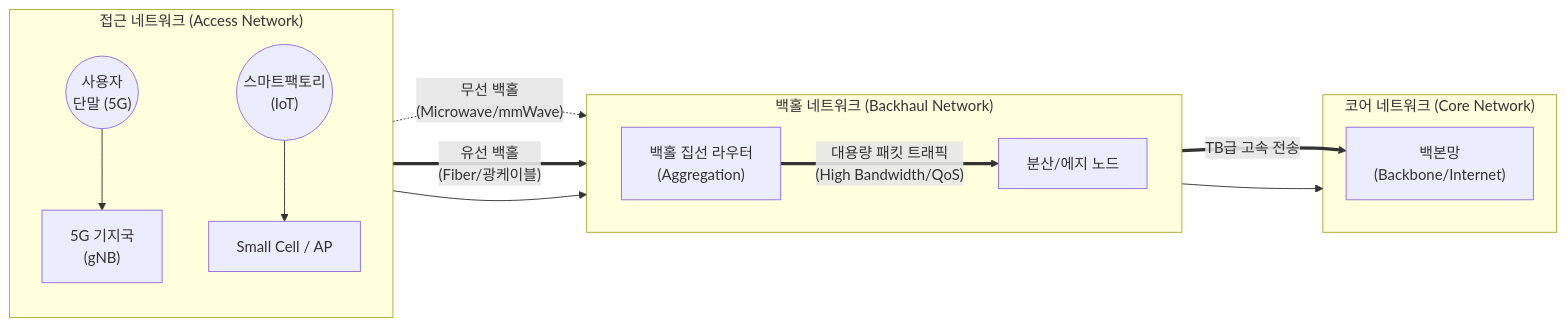
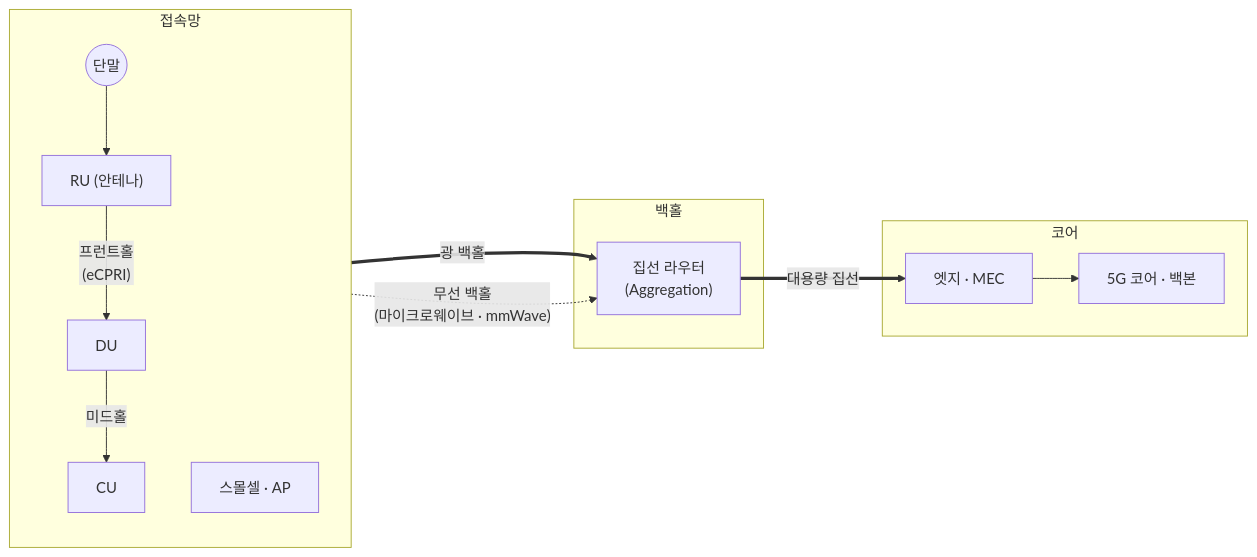
The diagram in content/01_IT Tech/백홀 트래픽.md (supremethumb/supremethumb.github.io), drawn with Mermaid before and after one commit. The commit also changed other lines of this file and 1087 other files, not shown here.

````diff
--- a/content/01_IT Tech/백홀 트래픽.md
+++ b/content/01_IT Tech/백홀 트래픽.md
@@ -30,22 +36,19 @@
 ```mermaid
 flowchart LR
-    subgraph Access["접근 네트워크 (Access Network)"]
+    subgraph ACC["접속망"]
         direction TB
-        UE1(("사용자<br/>단말 (5G)")) --> BS1["5G 기지국<br/>(gNB)"]
-        UE2(("스마트팩토리<br/>(IoT)")) --> BS2["Small Cell / AP"]
+        UE(("단말")) --> RU["RU (안테나)"]
+        RU -- "프런트홀<br/>(eCPRI)" --> DU["DU"]
+        DU -- "미드홀" --> CU["CU"]
+        SC["스몰셀 · AP"]
     end
-
-    subgraph Backhaul["백홀 네트워크 (Backhaul Network)"]
-        direction LR
-        BS1 -. "무선 백홀<br/>(Microwave/mmWave)" .-> BR["백홀 집선 라우터<br/>(Aggregation)"]
-        BS2 == "유선 백홀<br/>(Fiber/광케이블)" ==> BR
-        BR == "대용량 패킷 트래픽<br/>(High Bandwidth/QoS)" ==> CoreEdge["분산/에지 노드"]
+    subgraph BH["백홀"]
+        AGG["집선 라우터<br/>(Aggregation)"]
     end
-
-    subgraph Core["코어 네트워크 (Core Network)"]
-        CoreEdge == "TB급 고속 전송" ==> Backbone["백본망<br/>(Backbone/Internet)"]
+    subgraph CORE["코어"]
+        EDGEN["엣지 · MEC"] --> CN["5G 코어 · 백본"]
     end
-
-    Access --> Backhaul --> Core
-
+    CU == "광 백홀" ==> AGG
+    SC -. "무선 백홀<br/>(마이크로웨이브 · mmWave)" .-> AGG
+    AGG == "대용량 집선" ==> EDGEN
 ```
````
